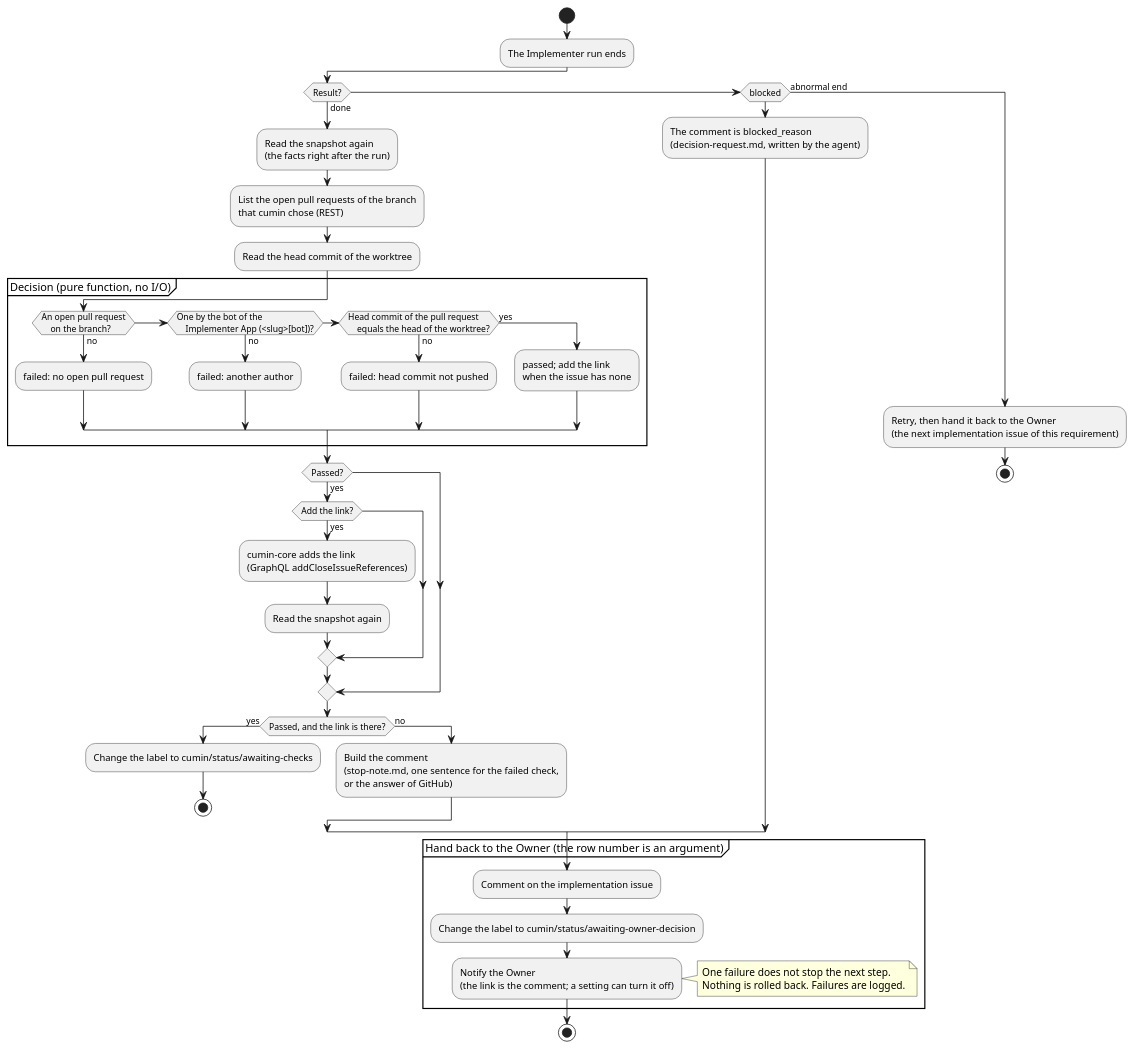
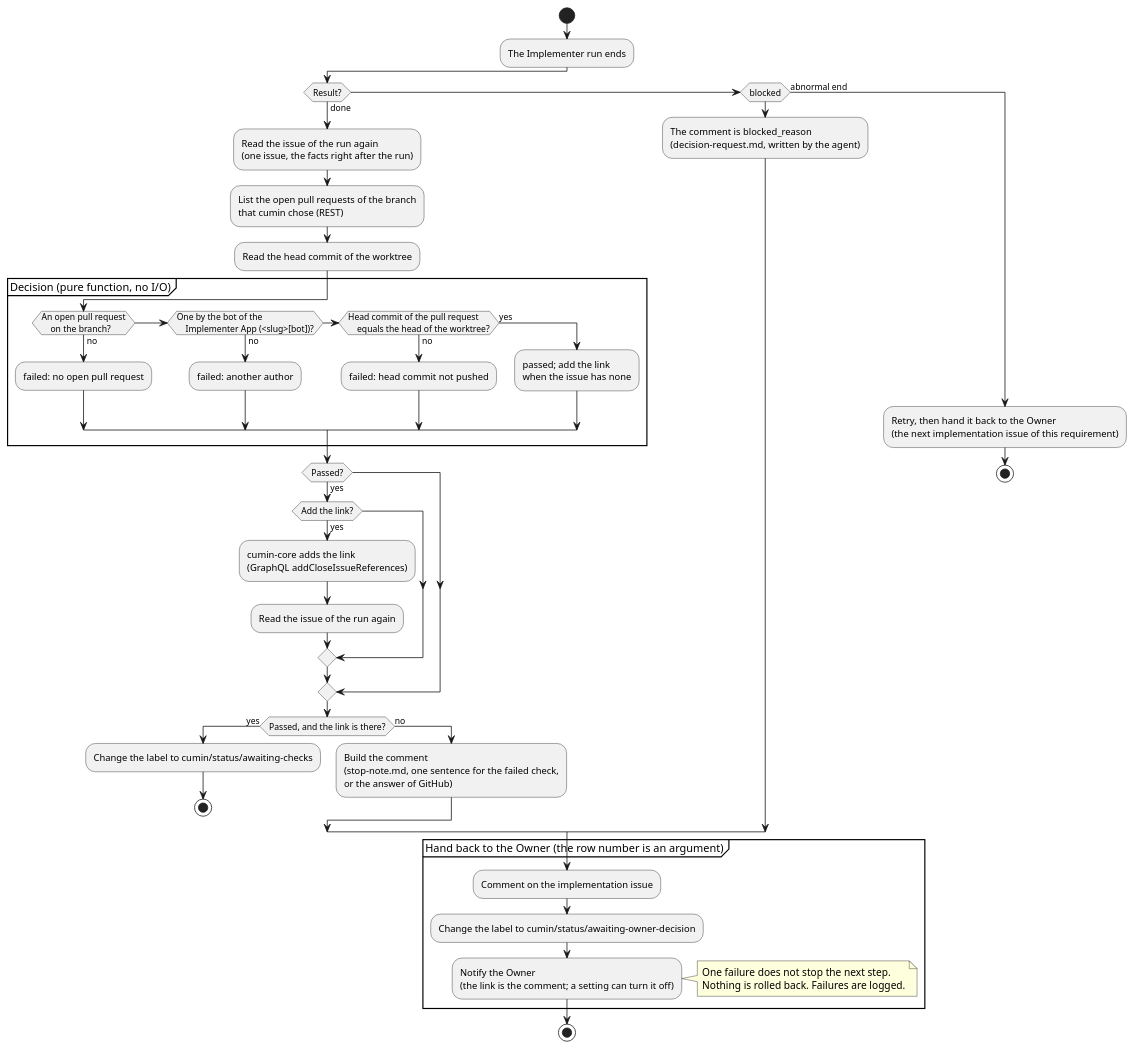
Before and after one commit to cloveclovedev/cumin-works: the diagram in docs/ja/designs/poll-verify.puml, drawn with PlantUML. The commit also changed 19 other files, not shown here.

First line of the commit message:
feat(workflow): read only the issue of the run after an agent run (#434)

```diff
--- a/docs/ja/designs/poll-verify.puml
+++ b/docs/ja/designs/poll-verify.puml
@@ -1,66 +1,66 @@
 @startuml poll-verify
 ' cumin works - the end of a run (I2): the checks after an Implementer run, and the way back to the Owner.
 ' Document: poll.md, sections on the end of a run and the way back to the Owner.
 ' Render: run scripts/render-diagrams.sh at the root of the repository.
 skinparam shadowing false
 skinparam defaultFontName sans-serif
 
 start
 :The Implementer run ends;
 if (Result?) then (done)
-  :Read the snapshot again
-  (the facts right after the run);
+  :Read the issue of the run again
+  (one issue, the facts right after the run);
   :List the open pull requests of the branch
   that cumin chose (REST);
   :Read the head commit of the worktree;
   partition "Decision (pure function, no I/O)" {
     if (An open pull request
     on the branch?) then (no)
       :failed: no open pull request;
     elseif (One by the bot of the
     Implementer App (<slug>[bot])?) then (no)
       :failed: another author;
     elseif (Head commit of the pull request
     equals the head of the worktree?) then (no)
       :failed: head commit not pushed;
     else (yes)
       :passed; add the link
       when the issue has none;
     endif
   }
   if (Passed?) then (yes)
     if (Add the link?) then (yes)
       :cumin-core adds the link
       (GraphQL addCloseIssueReferences);
-      :Read the snapshot again;
+      :Read the issue of the run again;
     endif
   endif
   if (Passed, and the link is there?) then (yes)
     :Change the label to cumin/status/awaiting-checks;
     stop
   else (no)
     :Build the comment
     (stop-note.md, one sentence for the failed check,
     or the answer of GitHub);
   endif
 elseif (blocked) then
   :The comment is blocked_reason
   (decision-request.md, written by the agent);
 else (abnormal end)
   :Retry, then hand it back to the Owner
   (the next implementation issue of this requirement);
   stop
 endif
 
 partition "Hand back to the Owner (the row number is an argument)" {
   :Comment on the implementation issue;
   :Change the label to cumin/status/awaiting-owner-decision;
   :Notify the Owner
   (the link is the comment; a setting can turn it off);
 }
 note right
   One failure does not stop the next step.
   Nothing is rolled back. Failures are logged.
 end note
 stop
 @enduml
```
